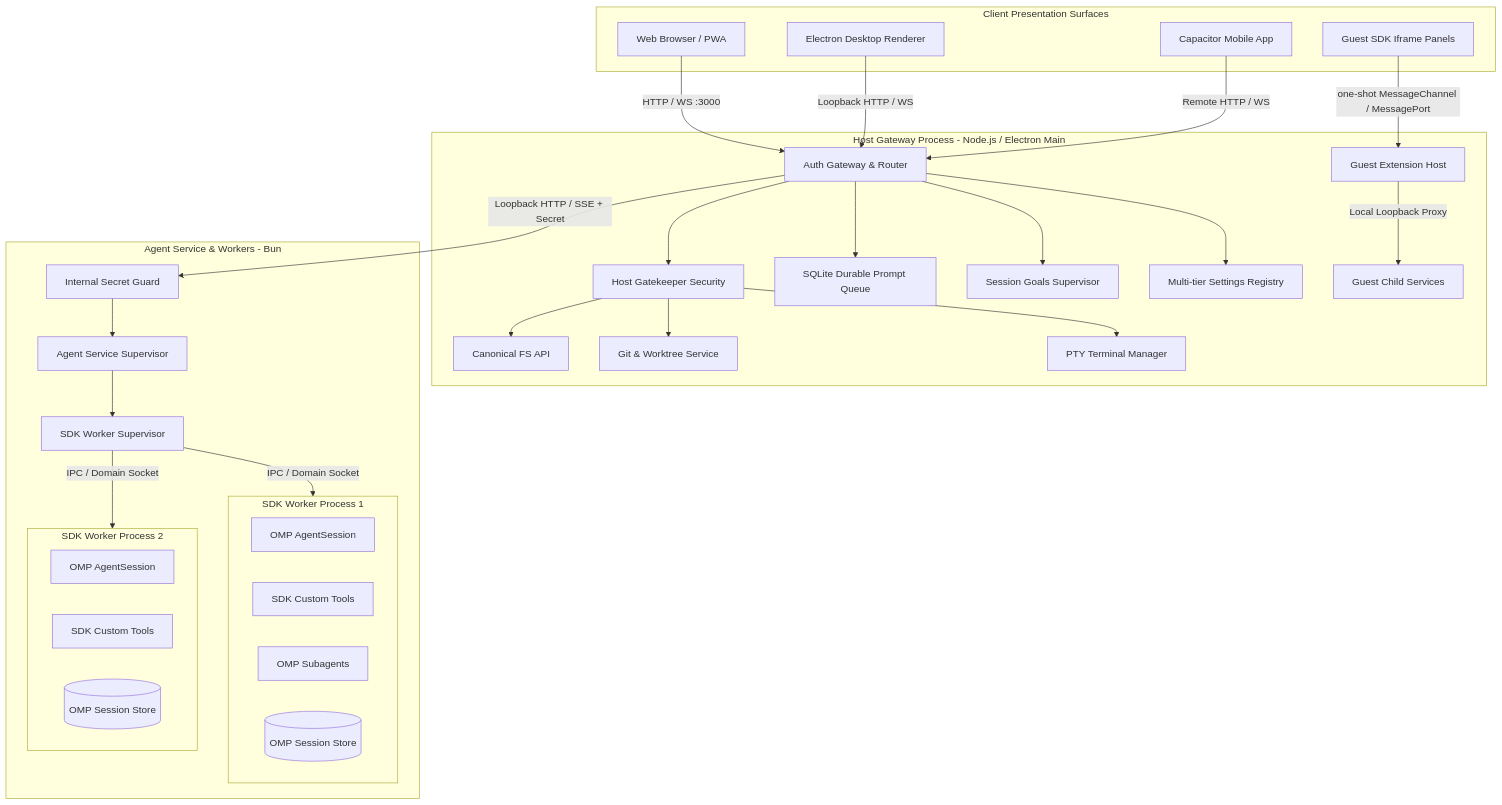
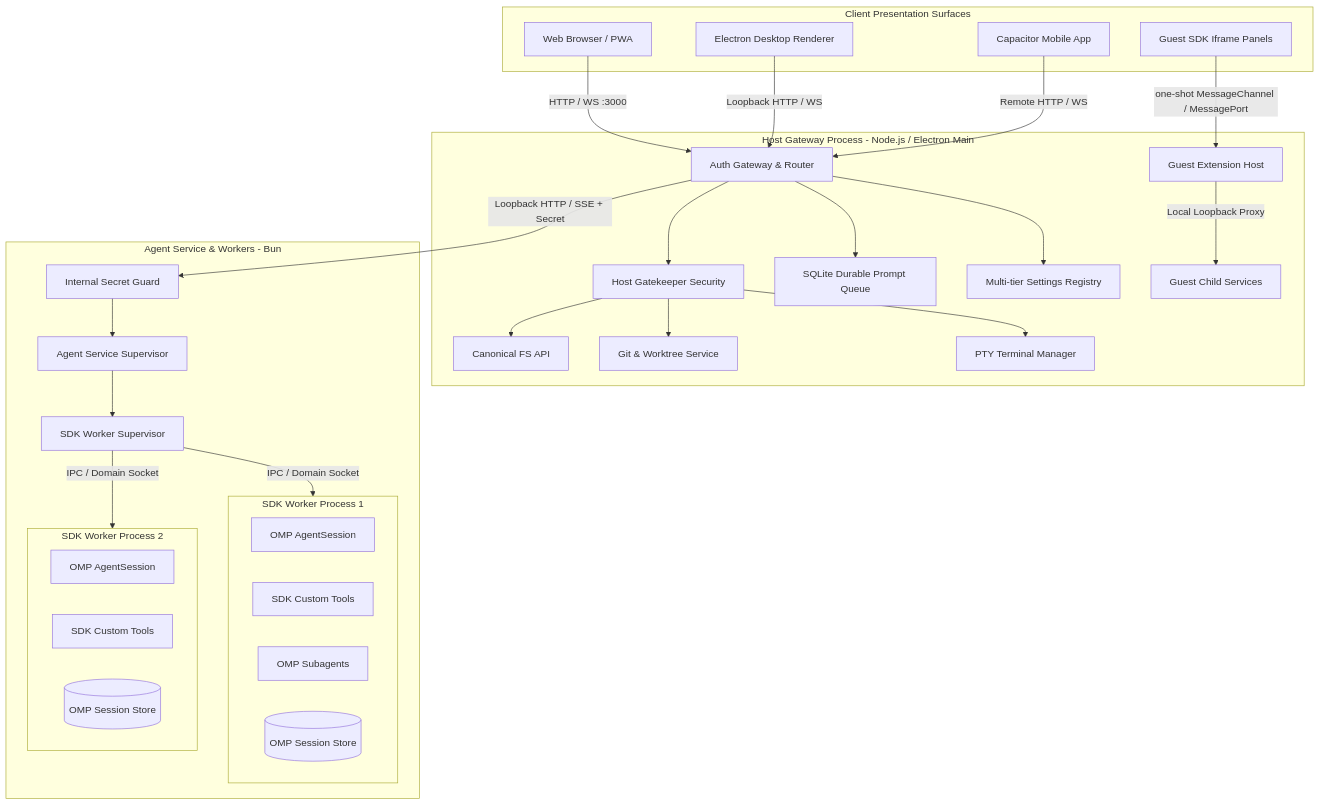
Before and after one commit to Shizuku-Yume/ohpichamber: the first of 3 diagrams in .workflow/omp-migration/architecture.md, drawn with Mermaid. The commit also changed other lines of this file and 22 other files, not shown here.

````diff
--- a/.workflow/omp-migration/architecture.md
+++ b/.workflow/omp-migration/architecture.md
@@ -78,61 +78,59 @@
 ```mermaid
 flowchart TD
     subgraph ClientTier[Client Presentation Surfaces]
         WebClient[Web Browser / PWA]
         ElectronRenderer[Electron Desktop Renderer]
         MobileApp[Capacitor Mobile App]
         GuestIframe[Guest SDK Iframe Panels]
     end
 
     subgraph HostTier[Host Gateway Process - Node.js / Electron Main]
         AuthRouter[Auth Gateway & Router]
         Gatekeeper[Host Gatekeeper Security]
         HostFS[Canonical FS API]
         HostGit[Git & Worktree Service]
         HostPTY[PTY Terminal Manager]
         DurableQueue[SQLite Durable Prompt Queue]
-        GoalsSupervisor[Session Goals Supervisor]
         HostSettings[Multi-tier Settings Registry]
         GuestHost[Guest Extension Host]
         GuestServices[Guest Child Services]
     end
 
     subgraph AgentTier[Agent Service & Workers - Bun]
         AgentSupervisor[Agent Service Supervisor]
         LoopbackAuth[Internal Secret Guard]
         WorkerSupervisor[SDK Worker Supervisor]
 
         subgraph Worker1[SDK Worker Process 1]
             OMPSession1[OMP AgentSession]
             SDKTools1[SDK Custom Tools]
             Subagents1[OMP Subagents]
             Transcript1[(OMP Session Store)]
         end
 
         subgraph Worker2[SDK Worker Process 2]
             OMPSession2[OMP AgentSession]
             SDKTools2[SDK Custom Tools]
             Transcript2[(OMP Session Store)]
         end
     end
 
     WebClient -->|HTTP / WS :3000| AuthRouter
     ElectronRenderer -->|Loopback HTTP / WS| AuthRouter
     MobileApp -->|Remote HTTP / WS| AuthRouter
         GuestIframe -->|one-shot MessageChannel / MessagePort| GuestHost
     GuestHost -->|Local Loopback Proxy| GuestServices
 
     AuthRouter --> Gatekeeper
     Gatekeeper --> HostFS
     Gatekeeper --> HostGit
     Gatekeeper --> HostPTY
     AuthRouter --> DurableQueue
-    AuthRouter --> GoalsSupervisor
     AuthRouter --> HostSettings
 
     AuthRouter -->|Loopback HTTP / SSE + Secret| LoopbackAuth
     LoopbackAuth --> AgentSupervisor
     AgentSupervisor --> WorkerSupervisor
     WorkerSupervisor -->|IPC / Domain Socket| Worker1
     WorkerSupervisor -->|IPC / Domain Socket| Worker2
 ```
````
